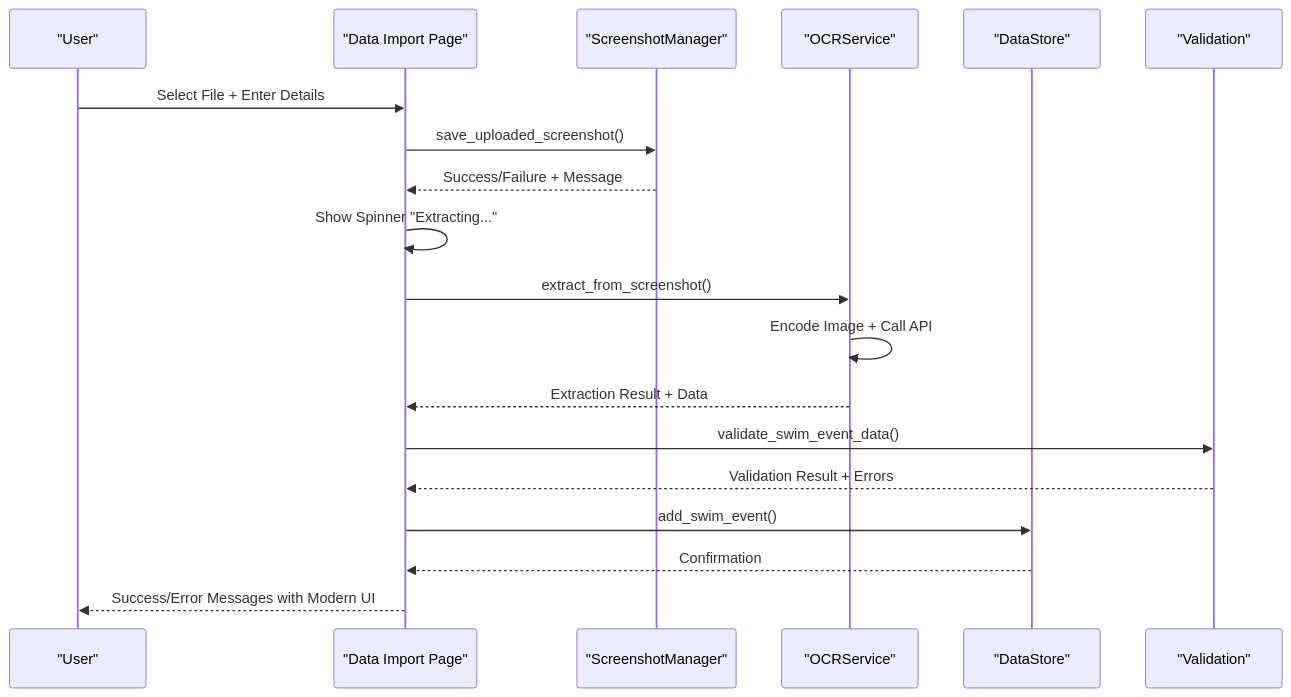
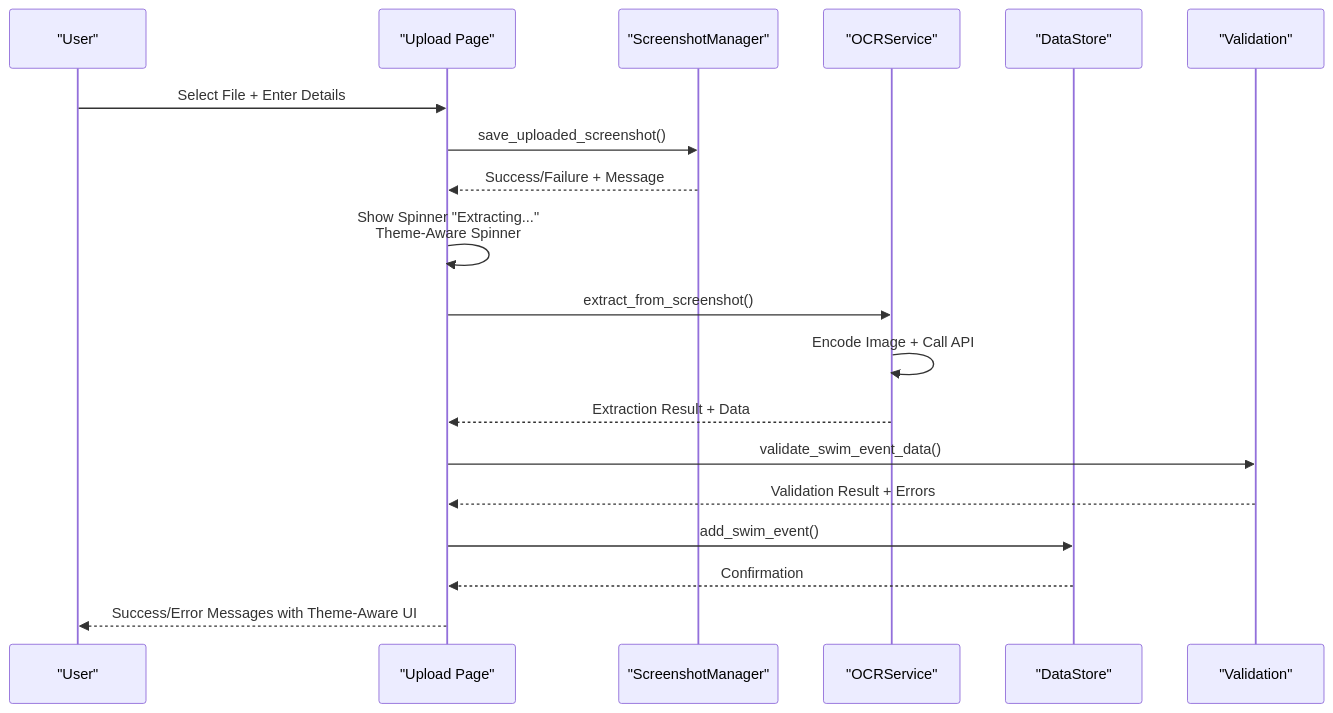
One commit to Johnny22056/SwimingStatus changed the ninth of 15 diagrams in .qoder/repowiki/en/content/Core Components/Application Controller.md. Above: the diagram before and after it, drawn with Mermaid. The commit also changed other lines of this file and 2 other files, not shown here.

First line of the commit message:
feat(theme): integrate comprehensive dynamic theme management system

````diff
--- a/.qoder/repowiki/en/content/Core Components/Application Controller.md
+++ b/.qoder/repowiki/en/content/Core Components/Application Controller.md
@@ -347,21 +405,21 @@
 ```mermaid
 sequenceDiagram
 participant User as "User"
-participant ImportPage as "Data Import Page"
+participant UploadPage as "Upload Page"
 participant SM as "ScreenshotManager"
 participant OCR as "OCRService"
 participant DS as "DataStore"
 participant VA as "Validation"
-User->>ImportPage : Select File + Enter Details
-ImportPage->>SM : save_uploaded_screenshot()
-SM-->>ImportPage : Success/Failure + Message
-ImportPage->>ImportPage : Show Spinner "Extracting..."
-ImportPage->>OCR : extract_from_screenshot()
+User->>UploadPage : Select File + Enter Details
+UploadPage->>SM : save_uploaded_screenshot()
+SM-->>UploadPage : Success/Failure + Message
+UploadPage->>UploadPage : Show Spinner "Extracting..."<br/>Theme-Aware Spinner
+UploadPage->>OCR : extract_from_screenshot()
 OCR->>OCR : Encode Image + Call API
-OCR-->>ImportPage : Extraction Result + Data
-ImportPage->>VA : validate_swim_event_data()
-VA-->>ImportPage : Validation Result + Errors
-ImportPage->>DS : add_swim_event()
-DS-->>ImportPage : Confirmation
-ImportPage-->>User : Success/Error Messages with Modern UI
+OCR-->>UploadPage : Extraction Result + Data
+UploadPage->>VA : validate_swim_event_data()
+VA-->>UploadPage : Validation Result + Errors
+UploadPage->>DS : add_swim_event()
+DS-->>UploadPage : Confirmation
+UploadPage-->>User : Success/Error Messages with Theme-Aware UI
 ```
````
